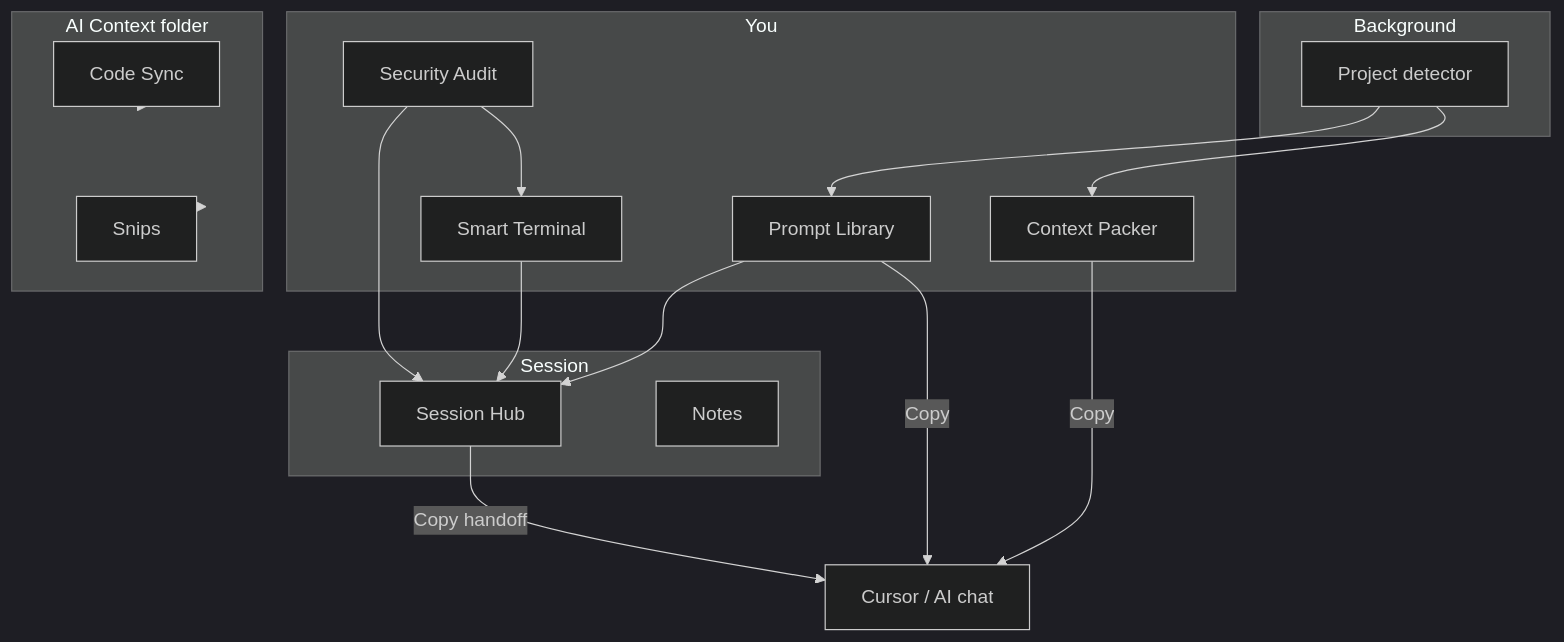
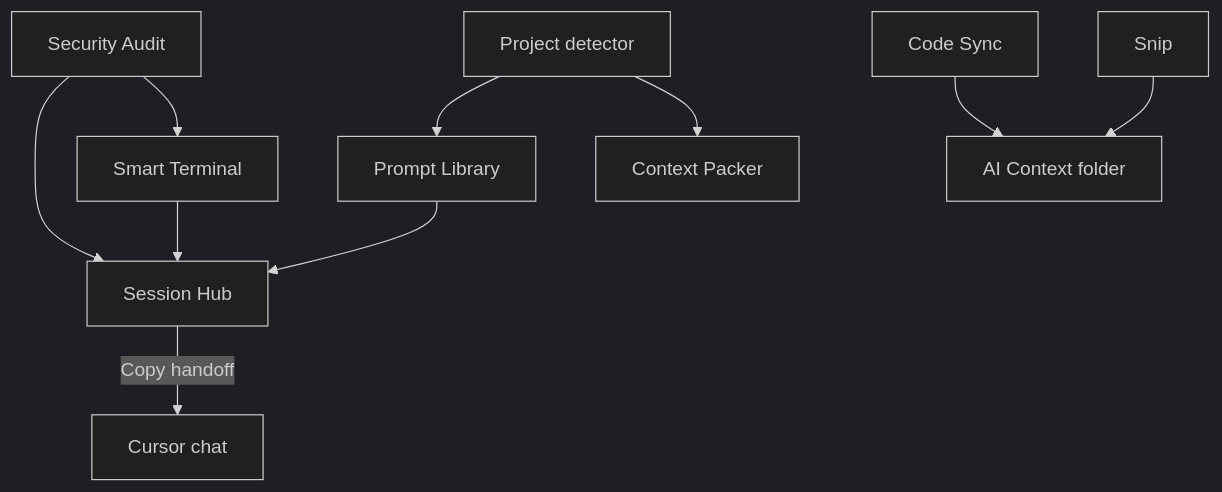
The diagram in docs/features/index.md (Bridgeware-Dynamics-Business/Vibebar), drawn with Mermaid (dark theme) before and after one commit. The commit also changed other lines of this file and 33 other files, not shown here.

````diff
--- a/docs/features/index.md
+++ b/docs/features/index.md
@@ -31,31 +52,12 @@
 ```mermaid
 flowchart TB
-  subgraph detect [Background]
-    PD[Project detector]
-  end
-  subgraph input [You]
-    PL[Prompt Library]
-    CP[Context Packer]
-    SA[Security Audit]
-    ST[Smart Terminal]
-  end
-  subgraph memory [Session]
-    SH[Session Hub]
-    NT[Notes]
-  end
-  subgraph context [AI Context folder]
-    CS[Code Sync]
-    SN[Snips]
-  end
-  PD --> PL
-  PD --> CP
-  SA --> SH
-  ST --> SH
+  PD[Project detector] --> PL[Prompt Library]
+  PD --> CP[Context Packer]
+  SA[Security Audit] --> SH[Session Hub]
+  ST[Smart Terminal] --> SH
   PL --> SH
   SA --> ST
-  CS --> context
-  SN --> context
-  SH -->|Copy handoff| AI[Cursor / AI chat]
-  PL -->|Copy| AI
-  CP -->|Copy| AI
+  CS[Code Sync] --> AC[AI Context folder]
+  SN[Snip] --> AC
+  SH -->|Copy handoff| CUR[Cursor chat]
 ```
````
